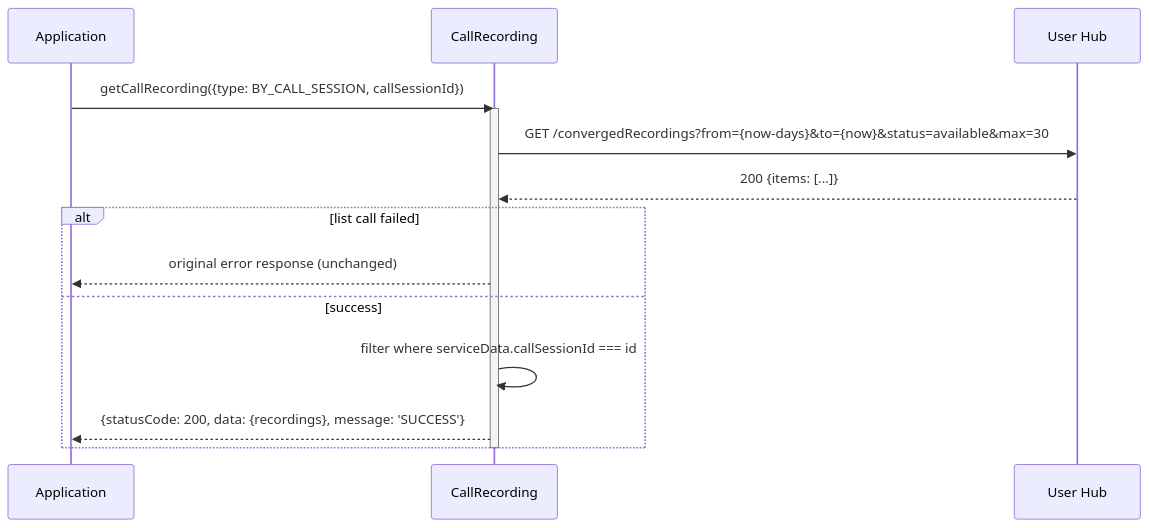
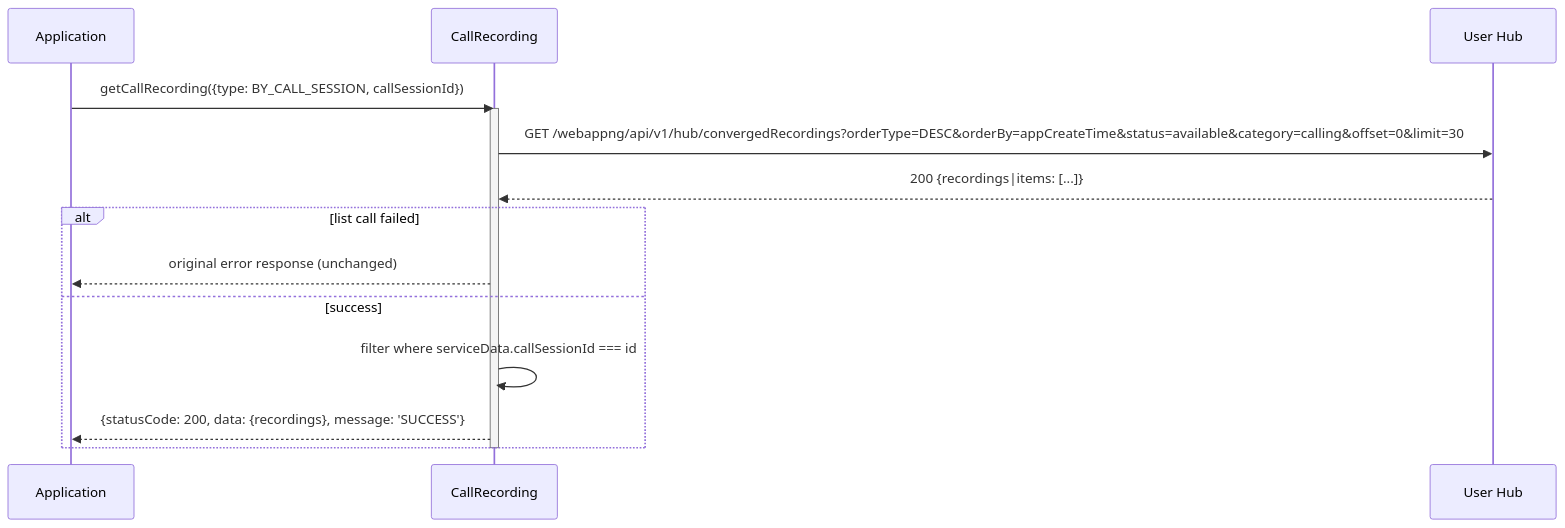
The fifth of 7 diagrams in packages/calling/src/CallRecording/ai-docs/call-recording-spec.md (webex/webex-js-sdk), drawn with Mermaid before and after one commit. The commit also changed other lines of this file and 5 other files, not shown here.

First line of the commit message:
fix(calling): keep Hydra recording fields and align User Hub spec

````diff
--- a/packages/calling/src/CallRecording/ai-docs/call-recording-spec.md
+++ b/packages/calling/src/CallRecording/ai-docs/call-recording-spec.md
@@ -514,18 +511,18 @@
 ```mermaid
 sequenceDiagram
     participant App as Application
     participant CR as CallRecording
     participant WxApp as User Hub
 
     App->>CR: getCallRecording({type: BY_CALL_SESSION, callSessionId})
     activate CR
-    CR->>WxApp: GET /convergedRecordings?from={now-days}&to={now}&status=available&max=30
-    WxApp-->>CR: 200 {items: [...]}
+    CR->>WxApp: GET /webappng/api/v1/hub/convergedRecordings?orderType=DESC&orderBy=appCreateTime&status=available&category=calling&offset=0&limit=30
+    WxApp-->>CR: 200 {recordings|items: [...]}
     alt list call failed
         CR-->>App: original error response (unchanged)
     else success
         CR->>CR: filter where serviceData.callSessionId === id
         CR-->>App: {statusCode: 200, data: {recordings}, message: 'SUCCESS'}
     end
     deactivate CR
 ```
````
